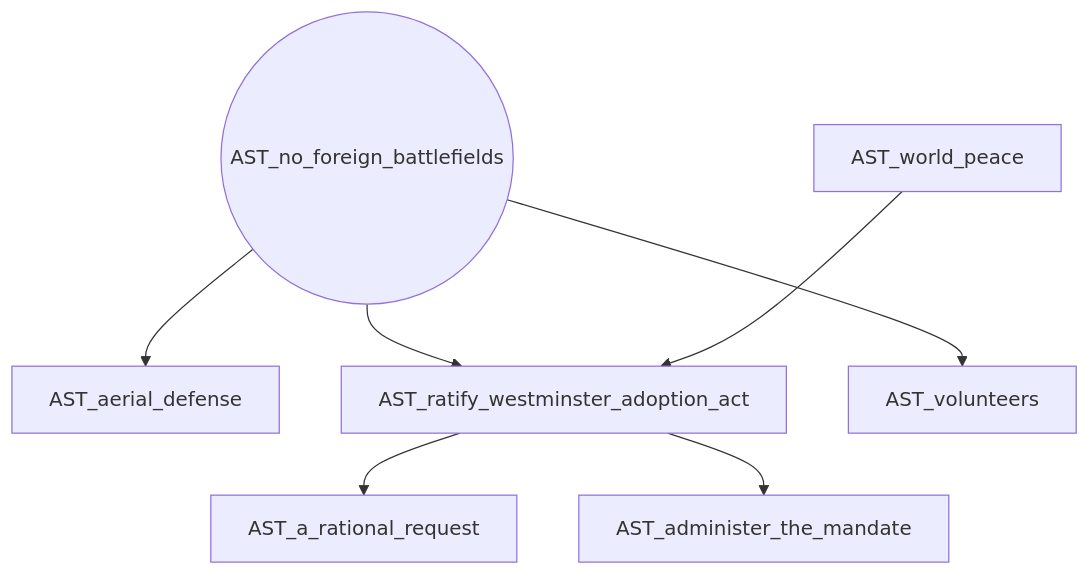
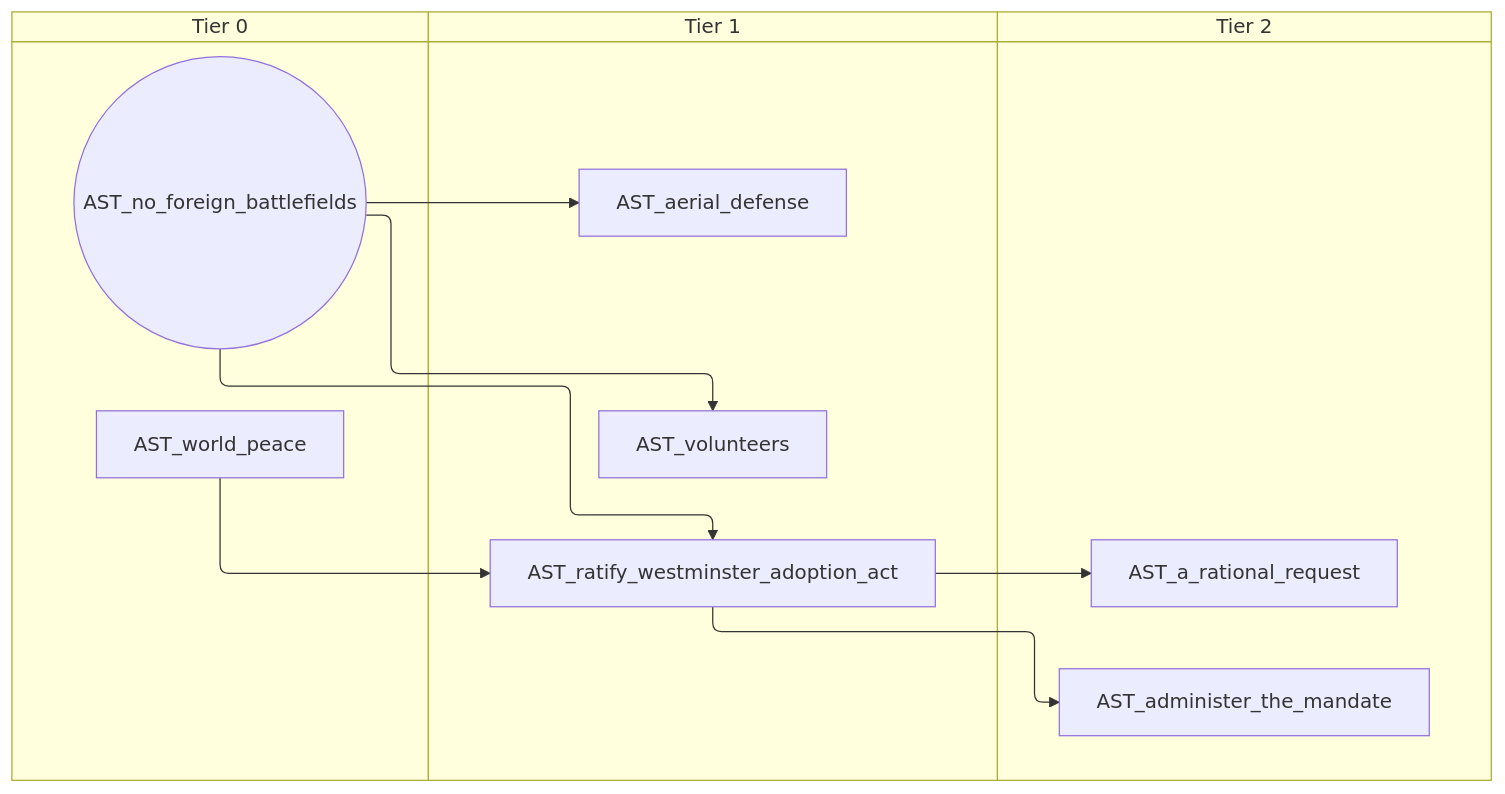
The eighth of 15 diagrams in docs/gdd/National Focuses/r56/australia_taog.md (evgeny-sobol/hoi4-sandbox-mode-r56), drawn with Mermaid before and after one commit. The commit also changed other lines of this file and 423 other files, not shown here.

First line of the commit message:
Re-export Rt56 focus trees as swimlane diagrams

````diff
--- a/docs/gdd/National Focuses/r56/australia_taog.md
+++ b/docs/gdd/National Focuses/r56/australia_taog.md
@@ -444,16 +526,22 @@
 ```mermaid
-flowchart TD
-    n4["AST_a_rational_request"]
-    n6["AST_administer_the_mandate"]
-    n167["AST_aerial_defense"]
-    n28(("AST_no_foreign_battlefields"))
-    n35["AST_ratify_westminster_adoption_act"]
-    n168["AST_volunteers"]
-    n50["AST_world_peace"]
-    n35 --> n4
-    n35 --> n6
-    n28 --> n167
-    n28 --> n35
-    n50 --> n35
-    n28 --> n168
+swimlane-beta TD
+    subgraph tier_0["Tier 0"]
+        n3(("AST_no_foreign_battlefields"))
+        n8["AST_world_peace"]
+    end
+    subgraph tier_1["Tier 1"]
+        n167["AST_aerial_defense"]
+        n15["AST_ratify_westminster_adoption_act"]
+        n168["AST_volunteers"]
+    end
+    subgraph tier_2["Tier 2"]
+        n17["AST_a_rational_request"]
+        n18["AST_administer_the_mandate"]
+    end
+    n15 --> n17
+    n15 --> n18
+    n3 --> n167
+    n3 --> n15
+    n8 --> n15
+    n3 --> n168
 ```
````
